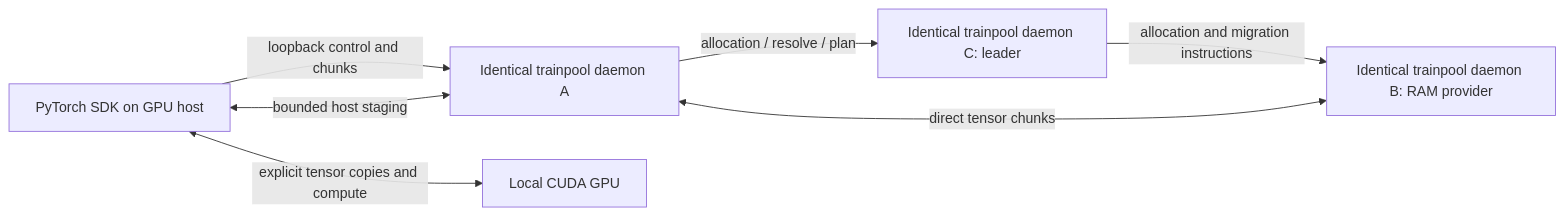
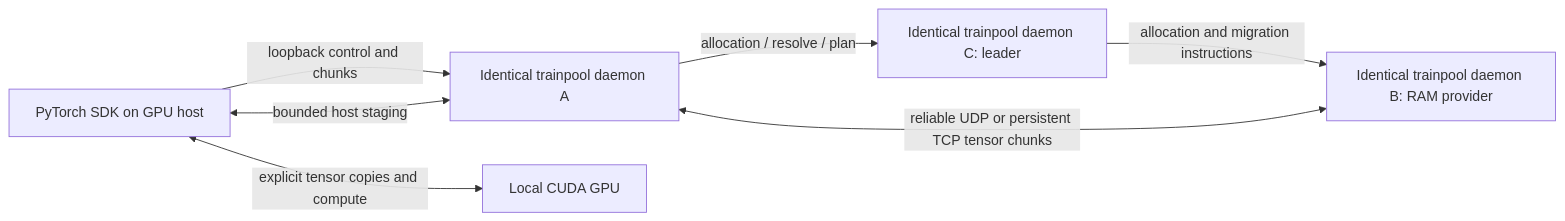
One commit to kovaleski100/TrainPool changed the diagram in docs/architecture.md. Above: the diagram before and after it, drawn with Mermaid. The commit also changed other lines of this file and 28 other files, not shown here.

Commit message:
feat: add reliable UDP and streaming optimizer

````diff
--- a/docs/architecture.md
+++ b/docs/architecture.md
@@ -8,9 +8,9 @@
 ```mermaid
 flowchart LR
     SDK[PyTorch SDK on GPU host] -->|loopback control and chunks| A[Identical trainpool daemon A]
     A -->|allocation / resolve / plan| L[Identical trainpool daemon C: leader]
     L -->|allocation and migration instructions| B[Identical trainpool daemon B: RAM provider]
-    B <-->|direct tensor chunks| A
+    B <-->|reliable UDP or persistent TCP tensor chunks| A
     A <-->|bounded host staging| SDK
     SDK <-->|explicit tensor copies and compute| GPU[Local CUDA GPU]
 ```
````
